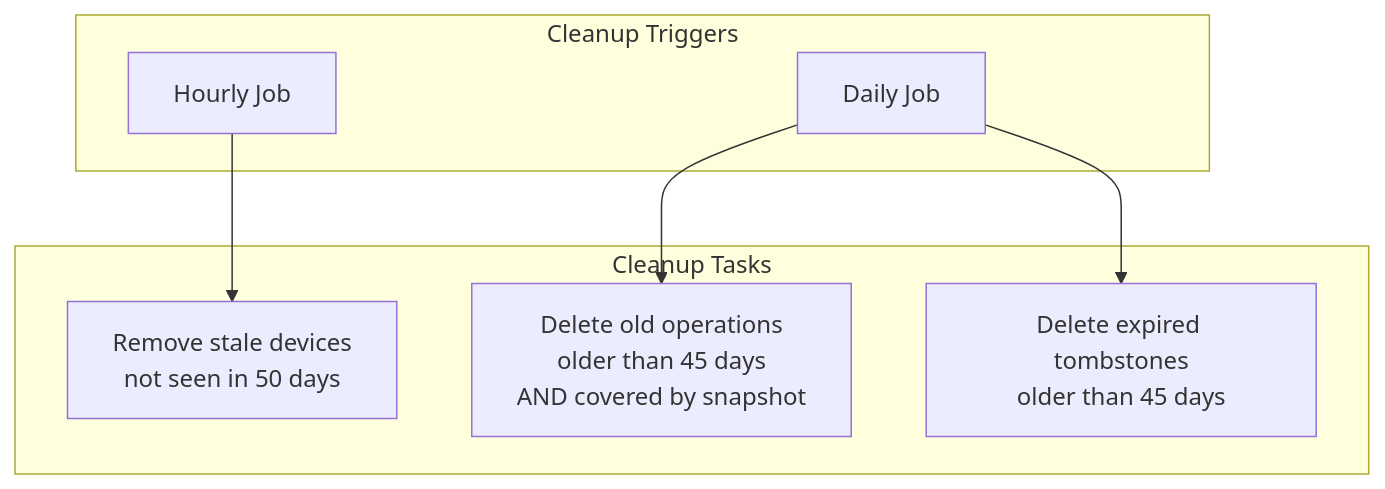
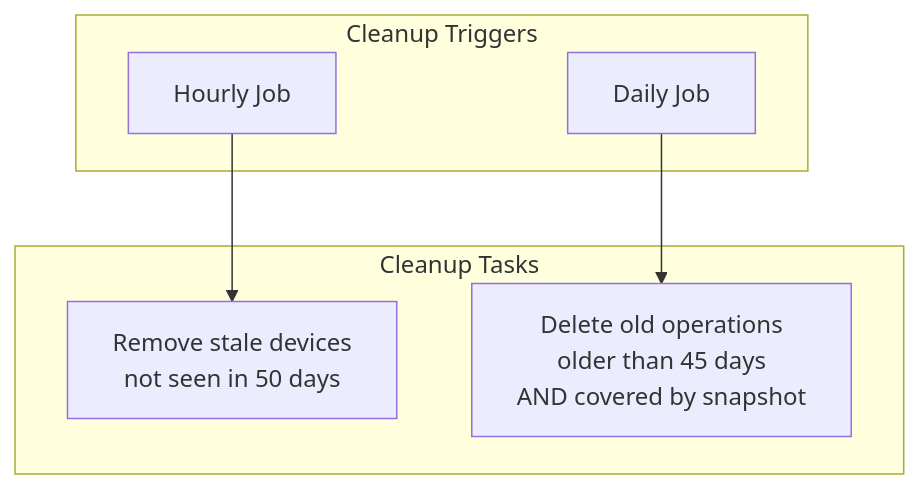
Diagram 16 of 29 in packages/super-sync-server/sync-server-architecture-diagrams.md (johannesjo/super-productivity), drawn with Mermaid before and after one commit. The commit also changed other lines of this file and 5 other files, not shown here.

````diff
--- a/packages/super-sync-server/sync-server-architecture-diagrams.md
+++ b/packages/super-sync-server/sync-server-architecture-diagrams.md
@@ -504,17 +491,15 @@
 ```mermaid
 flowchart TB
     subgraph Triggers["Cleanup Triggers"]
         Hourly[Hourly Job]
         Daily[Daily Job]
     end
 
     subgraph Cleanup["Cleanup Tasks"]
         StaleDevices[Remove stale devices<br/>not seen in 50 days]
         OldOps[Delete old operations<br/>older than 45 days<br/>AND covered by snapshot]
-        ExpiredTombstones[Delete expired tombstones<br/>older than 45 days]
     end
 
     Hourly --> StaleDevices
     Daily --> OldOps
-    Daily --> ExpiredTombstones
 ```
````
